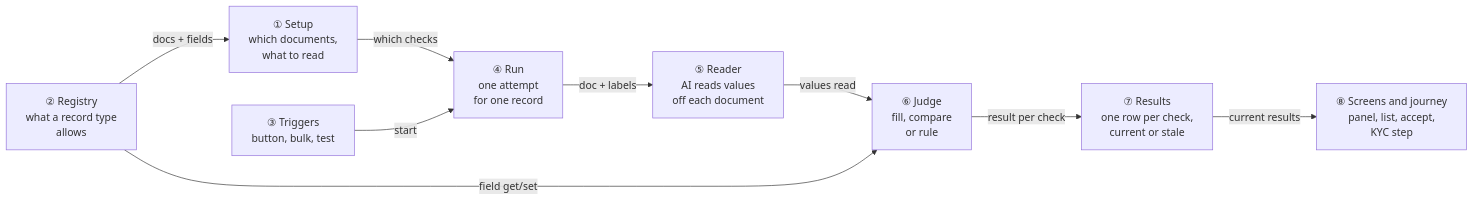
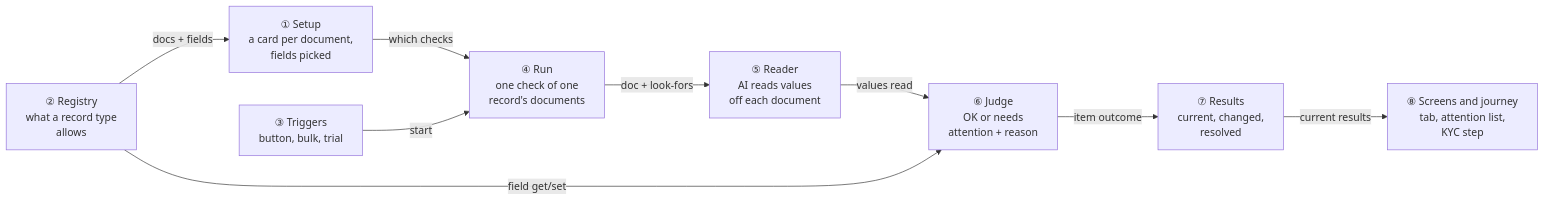
The first of 12 diagrams in openspec/changes/document-checks/design.md (sampadadiwan/IRM_CompanyMain), drawn with Mermaid before and after one commit. The commit also changed other lines of this file and 85 other files, not shown here.

````diff
--- a/openspec/changes/document-checks/design.md
+++ b/openspec/changes/document-checks/design.md
@@ -69,19 +72,19 @@
 ```mermaid
 flowchart LR
-    S["① Setup<br/>which documents,<br/>what to read"]
+    S["① Setup<br/>a card per document,<br/>fields picked"]
     R["② Registry<br/>what a record type<br/>allows"]
-    T["③ Triggers<br/>button, bulk, test"]
-    N["④ Run<br/>one attempt<br/>for one record"]
+    T["③ Triggers<br/>button, bulk, trial"]
+    N["④ Run<br/>one check of one<br/>record's documents"]
     A["⑤ Reader<br/>AI reads values<br/>off each document"]
-    J["⑥ Judge<br/>fill, compare<br/>or rule"]
-    D["⑦ Results<br/>one row per check,<br/>current or stale"]
-    U["⑧ Screens and journey<br/>panel, list, accept,<br/>KYC step"]
+    J["⑥ Judge<br/>OK or needs<br/>attention + reason"]
+    D["⑦ Results<br/>current, changed,<br/>resolved"]
+    U["⑧ Screens and journey<br/>tab, attention list,<br/>KYC step"]
     R -- "docs + fields" --> S
     S -- "which checks" --> N
     T -- "start" --> N
-    N -- "doc + labels" --> A
+    N -- "doc + look-fors" --> A
     A -- "values read" --> J
     R -- "field get/set" --> J
-    J -- "result per check" --> D
+    J -- "item outcome" --> D
     D -- "current results" --> U
 ```
````
